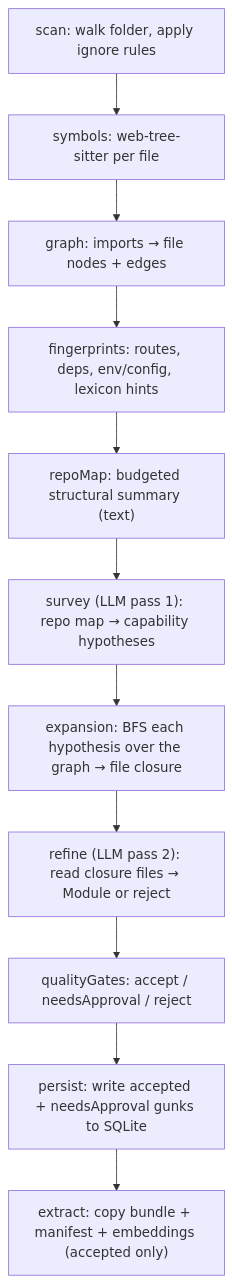
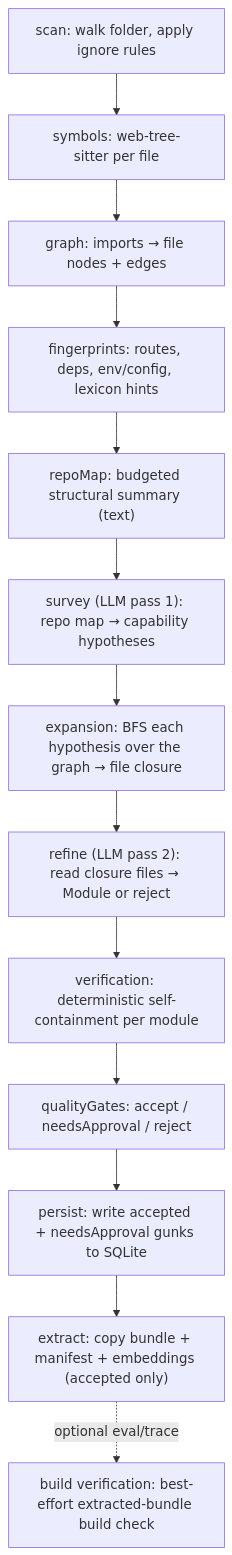
One commit to Mkohler4/gunk changed the diagram in engine/docs/ARCHITECTURE.md. Above: the diagram before and after it, drawn with Mermaid. The commit also changed other lines of this file and 32 other files, not shown here.

````diff
--- a/engine/docs/ARCHITECTURE.md
+++ b/engine/docs/ARCHITECTURE.md
@@ -39,13 +39,15 @@
 ```mermaid
 flowchart TD
   A["scan: walk folder, apply ignore rules"] --> B["symbols: web-tree-sitter per file"]
   B --> C["graph: imports → file nodes + edges"]
   C --> D["fingerprints: routes, deps, env/config, lexicon hints"]
   D --> E["repoMap: budgeted structural summary (text)"]
   E --> F["survey (LLM pass 1): repo map → capability hypotheses"]
   F --> G["expansion: BFS each hypothesis over the graph → file closure"]
   G --> H["refine (LLM pass 2): read closure files → Module or reject"]
-  H --> I["qualityGates: accept / needsApproval / reject"]
-  I --> J["persist: write accepted + needsApproval gunks to SQLite"]
-  J --> K["extract: copy bundle + manifest + embeddings (accepted only)"]
+  H --> I["verification: deterministic self-containment per module"]
+  I --> J["qualityGates: accept / needsApproval / reject"]
+  J --> K["persist: write accepted + needsApproval gunks to SQLite"]
+  K --> L["extract: copy bundle + manifest + embeddings (accepted only)"]
+  L -. optional eval/trace .-> M["build verification: best-effort extracted-bundle build check"]
 ```
````
